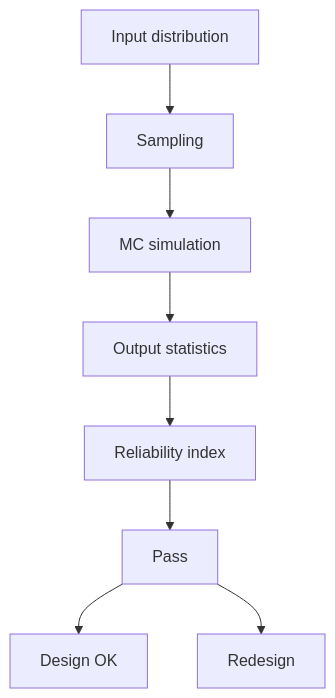
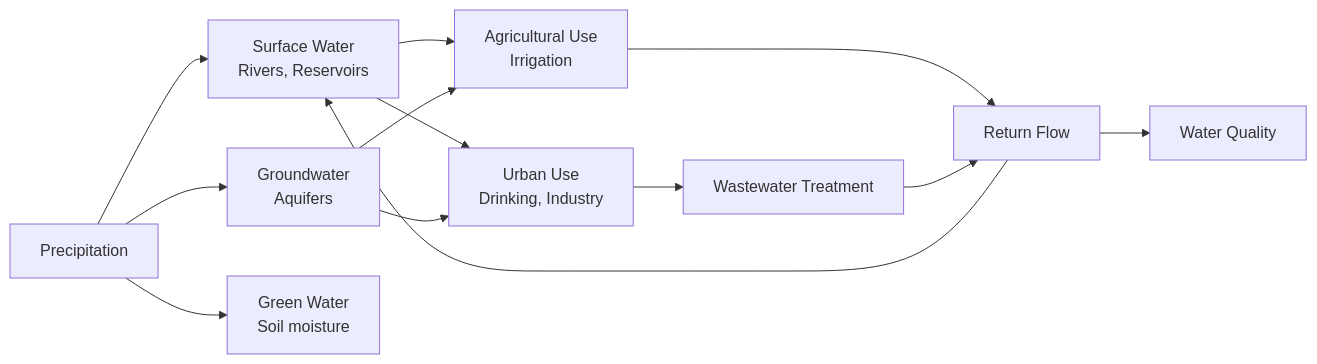
Before and after one commit to yip-lgtm/civil-bootcamp: the diagram in MIT_CEE_Core/Track_3_Energy_Transportation_Societal_Systems/Transportation_Urban_Systems/03_1.075_Water_Resource_Systems.md, drawn with Mermaid. The commit also changed other lines of this file and 21 other files, not shown here.

````diff
--- a/MIT_CEE_Core/Track_3_Energy_Transportation_Societal_Systems/Transportation_Urban_Systems/03_1.075_Water_Resource_Systems.md
+++ b/MIT_CEE_Core/Track_3_Energy_Transportation_Societal_Systems/Transportation_Urban_Systems/03_1.075_Water_Resource_Systems.md
@@ -146,10 +149,15 @@
 ```mermaid
-graph TD
-    A[Input distribution] --> B[Sampling]
-    B --> C[MC simulation]
-    C --> D[Output statistics]
-    D --> E[Reliability index]
-    E --> F[Pass]
-    F --> G[Design OK]
-    F --> H[Redesign]
+graph LR
+    A[Precipitation] --> B[Surface Water<br/>Rivers, Reservoirs]
+    A --> C[Groundwater<br/>Aquifers]
+    A --> D[Green Water<br/>Soil moisture]
+    B --> E[Urban Use<br/>Drinking, Industry]
+    B --> F[Agricultural Use<br/>Irrigation]
+    C --> E
+    C --> F
+    E --> G[Wastewater Treatment]
+    F --> H[Return Flow]
+    G --> H
+    H --> B
+    H --> I[Water Quality]
 ```
````
